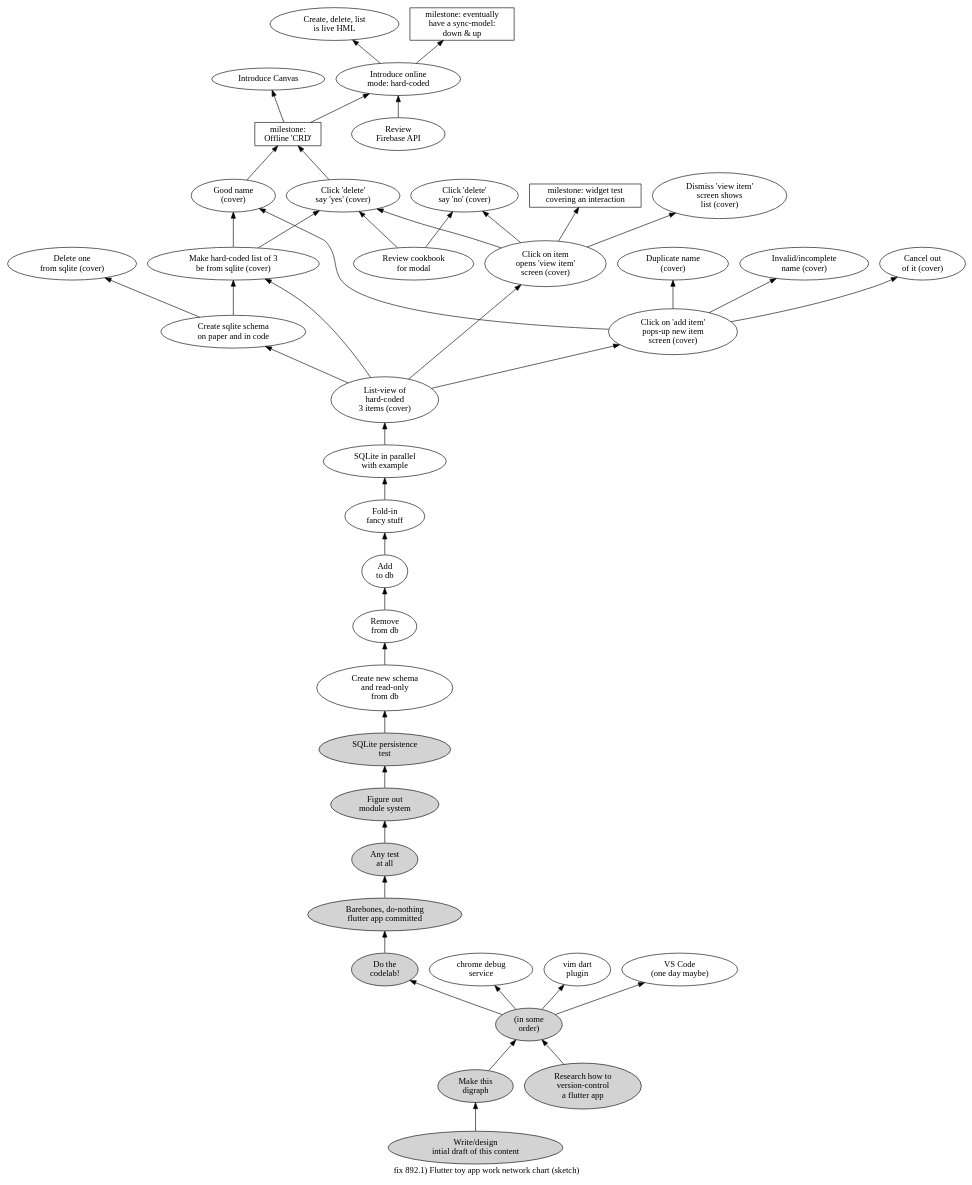
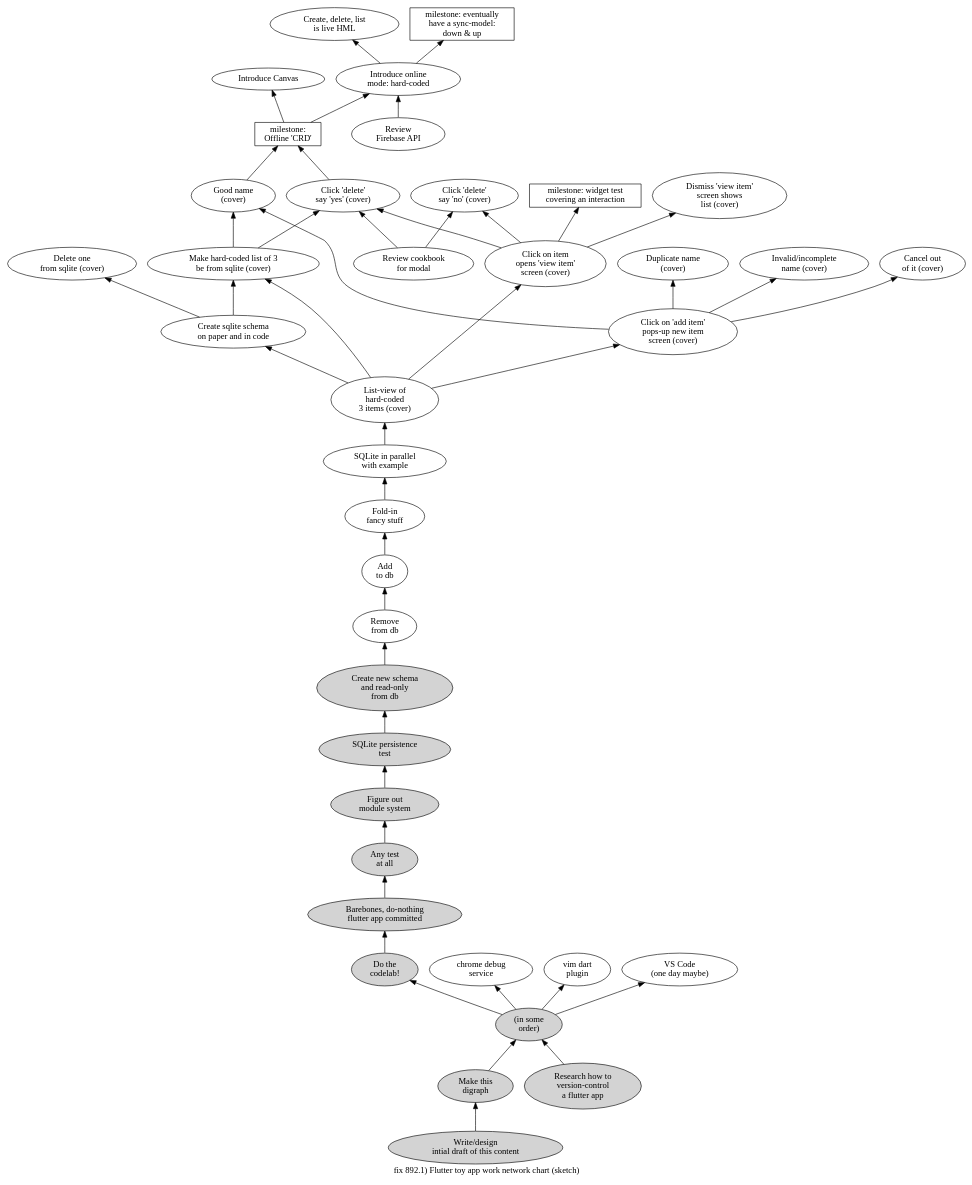
One commit to hipe/tmx changed the diagram in STM-doc/892.1.work-network-chart.dot. Above: the diagram before and after it, drawn with Graphviz. The commit also changed 2 other files, not shown here.

Commit message:
feat(STM): Create new schema, read from db (v)
(times)
    10:18  begin this commit
    10:45  now

```diff
--- a/STM-doc/892.1.work-network-chart.dot
+++ b/STM-doc/892.1.work-network-chart.dot
@@ -1,105 +1,105 @@
 digraph g {
 label="fix 892.1) Flutter toy app work network chart (sketch)"
 
 /*
 Note: at writing, this graph exists "in parallel" as a hand-written
 table in our notebook, roughly following a PERT-chart structure.
 
 (We switched from analog to digital for this one part of it because we
 did not want to attempt this visualization by hand!)
 
 The node identifiers are allocated "by hand" pseudo-randomly. As such, the
 identifiers (and especially their relative "size") are meaningless. (We *did*
 step over some allocations that could be confusing, like "QA" and "UX".)
 
 The order of the nodes in this file corresponds to the order we wrote
 the nodes in our notebook, which was from the bottom of the page upwards
 in the order in which we thought of them.
 */
 
 rankdir="BT"
 _HX [label="milestone:\nOffline 'CRD'" shape=rect]
 _AA->_HX
 _7A->_HX
 _SN [label="Make this\ndigraph" style=filled]
 _4G->_SN
 _TU [label="Introduce Canvas"]
 _HX->_TU
 _4G [label="Write/design\nintial draft of this content" style=filled]
 _8K [label="Create, delete, list\nis live HML"]
 _WG->_8K
 _QD [label="Review\nFirebase API"]
 _WG [label="Introduce online\nmode: hard-coded"]
 _HX->_WG
 _QD->_WG
 _AA [label="Good name\n(cover)"]
 _QU->_AA
 _6G->_AA
 _KG [label="Duplicate name\n(cover)"]
 _6G->_KG
 _7X [label="Invalid/incomplete\nname (cover)"]
 _6G->_7X
 _LA [label="Cancel out\nof it (cover)"]
 _6G->_LA
 _6G [label="Click on 'add item'\npops-up new item\nscreen (cover)"]
 _YU->_6G
 _TA [label="Review cookbook\nfor modal"]
 _LH [label="Click 'delete'\nsay 'no' (cover)"]
 _TA->_LH
 _2N->_LH
 _7A [label="Click 'delete'\nsay 'yes' (cover)"]
 _QU->_7A
 _TA->_7A
 _2N->_7A
 _LU [label="Dismiss 'view item'\nscreen shows\nlist (cover)"]
 _2N->_LU
 _2N [label="Click on item\nopens 'view item'\nscreen (cover)"]
 _YU->_2N
 _UK [label="Delete one\nfrom sqlite (cover)"]
 _DR->_UK
 _QU [label="Make hard-coded list of 3\nbe from sqlite (cover)"]
 _DR->_QU
 _YU->_QU
 _DR [label="Create sqlite schema\non paper and in code"]
 _YU->_DR
 _GN [label="milestone: widget test\ncovering an interaction" shape=rect]
 _2N->_GN
 _YU [label="List-view of\nhard-coded\n3 items (cover)"]
 _PN->_YU
 _9B [label="milestone: eventually\nhave a sync-model:\ndown & up" shape=rect]
 _WG->_9B
 _UG [label="Figure out\nmodule system" style=filled]
 _EK->_UG
 _EK [label="Any test\nat all" style=filled]
 _AX->_EK
 _PN [label="SQLite in parallel\nwith example"]
 _RN->_PN
 _RN [label="Fold-in\nfancy stuff"]
 _QR->_RN
 _QR [label="Add\nto db"]
 _VG->_QR
 _VG [label="Remove\nfrom db"]
 _JK->_VG
-_JK [label="Create new schema\nand read-only\nfrom db"]
+_JK [label="Create new schema\nand read-only\nfrom db" style=filled]
 _KR->_JK
 _KR [label="SQLite persistence\ntest" style=filled]
 _UG->_KR
 _AX [label="Barebones, do-nothing\nflutter app committed" style=filled]
 _BR->_AX
 _BR [label="Do the\ncodelab!" style=filled]
 _SG [label="chrome debug\nservice"]
 _CX [label="vim dart\nplugin"]
 _3G [label="VS Code\n(one day maybe)"]
 _01 [label="(in some\norder)" style=filled]
 _01->_3G
 _01->_BR
 _01->_CX
 _01->_SG
 _QN->_01
 _SN->_01
 _QN [label="Research how to\nversion-control\na flutter app" style=filled]
 }
 
 /*
 # #born
 */
```
